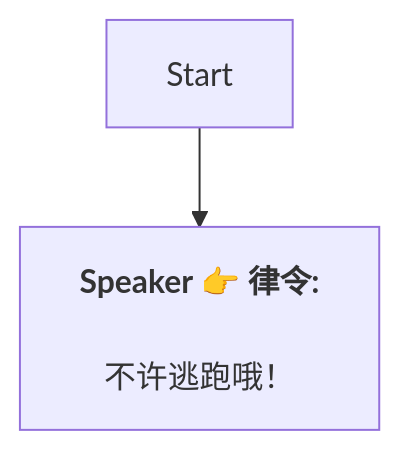
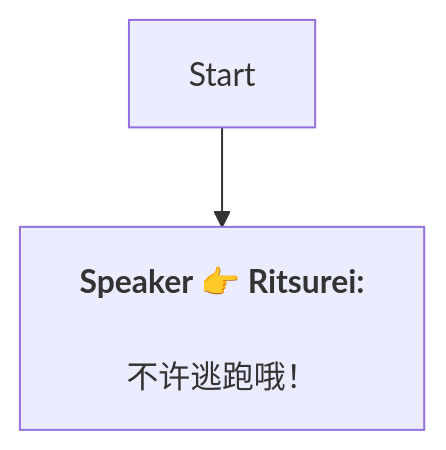
One commit to SoftHu/tos_avg changed the diagram in Zh/BaseCombatTutorial.md. Above: the diagram before and after it, drawn with Mermaid. The commit also changed 737 other files, not shown here.

````diff
--- a/Zh/BaseCombatTutorial.md
+++ b/Zh/BaseCombatTutorial.md
@@ -1,7 +1,6 @@
 ```mermaid
 graph
-Start -->1772535199059113[<b>Speaker 👉 律令:</b>
+Start -->1772535199059113[<b>Speaker 👉 Ritsurei:</b>
+\n不许逃跑哦！]
 
-不许逃跑哦！]
-
- ```
+```
````
